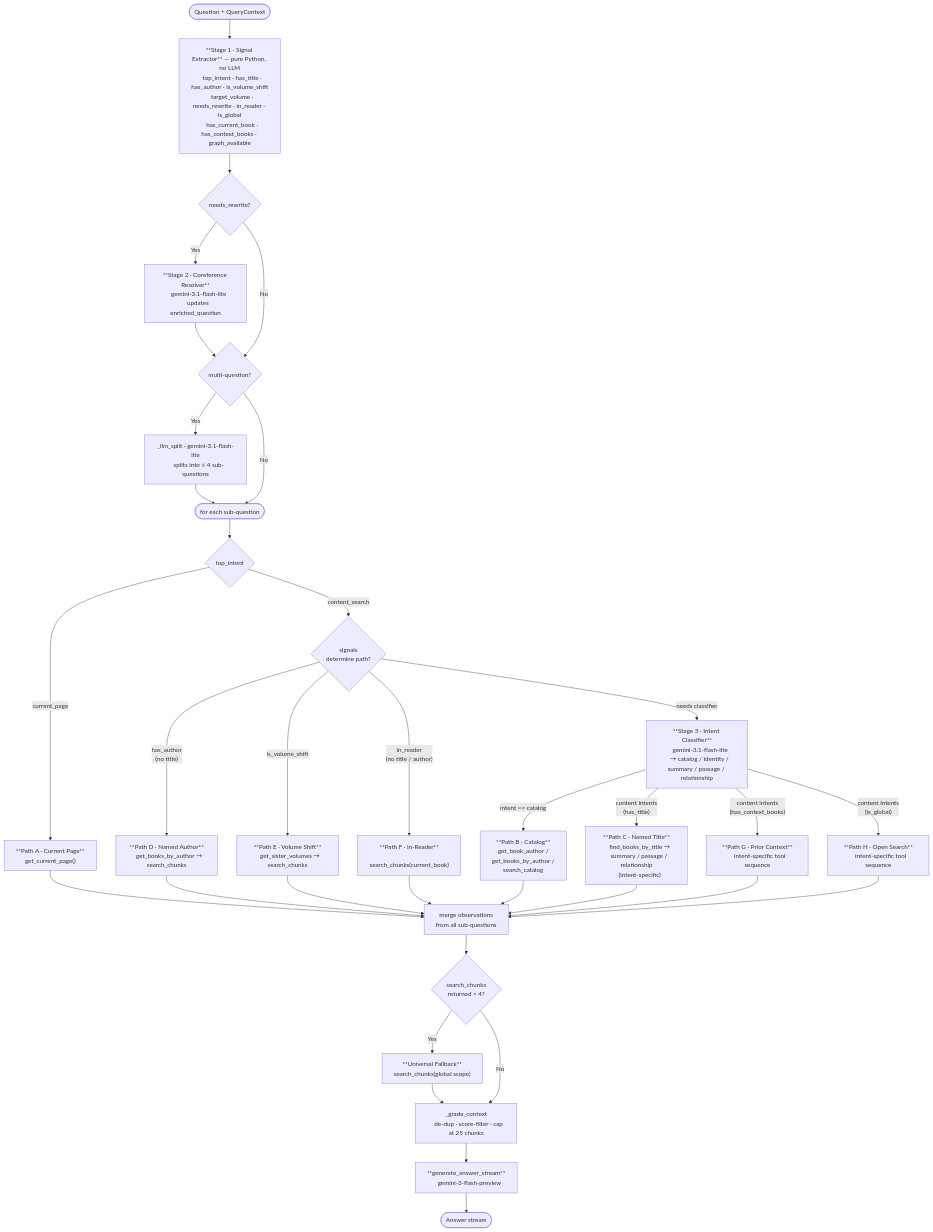
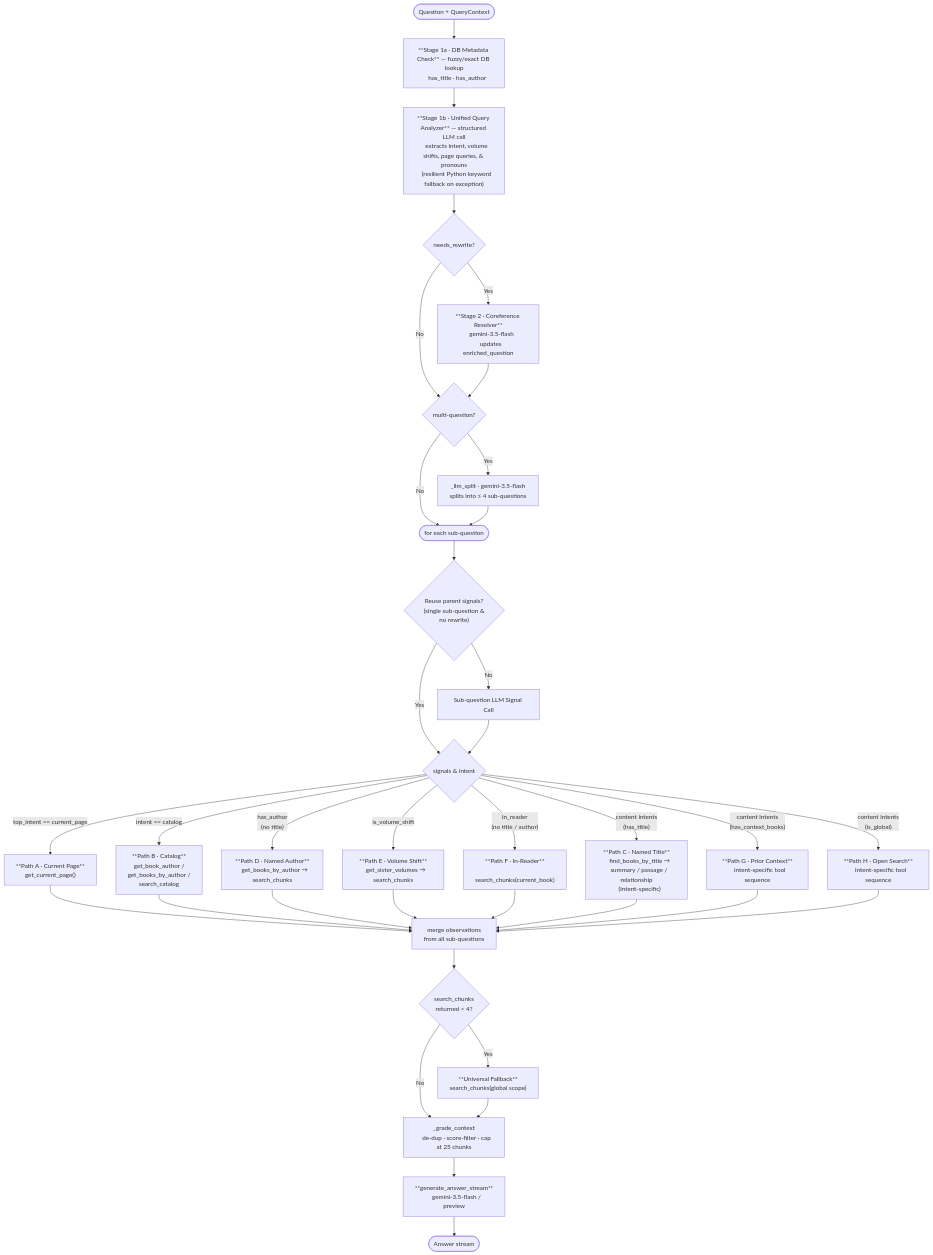
The diagram in docs/main/RAG_DETERMINISTIC_ROUTER_DESIGN.md (Kitabim-AI/kitabim-ai), drawn with Mermaid before and after one commit. The commit also changed other lines of this file and 8 other files, not shown here.

Commit message:
refactor: replace multi-stage signal extraction with a unified LLM query analyzer and integrate coreference resolution into the routing pipeline

````diff
--- a/docs/main/RAG_DETERMINISTIC_ROUTER_DESIGN.md
+++ b/docs/main/RAG_DETERMINISTIC_ROUTER_DESIGN.md
@@ -71,80 +67,76 @@
 ```mermaid
 flowchart TD
     Q(["Question + QueryContext"])
 
-    Q --> S1["**Stage 1 · Signal Extractor** — pure Python, no LLM
-    top_intent · has_title · has_author · is_volume_shift
-    target_volume · needs_rewrite · in_reader · is_global
-    has_current_book · has_context_books · graph_available"]
+    Q --> S1_DB["**Stage 1a · DB Metadata Check** — fuzzy/exact DB lookup
+    has_title · has_author"]
 
-    S1 --> NR{needs_rewrite?}
+    S1_DB --> S1_LLM["**Stage 1b · Unified Query Analyzer** — structured LLM call
+    extracts intent, volume shifts, page queries, & pronouns
+    (resilient Python keyword fallback on exception)"]
+
+    S1_LLM --> NR{needs_rewrite?}
     NR -- Yes --> S2["**Stage 2 · Coreference Resolver**
-    gemini-3.1-flash-lite
+    gemini-3.5-flash
     updates enriched_question"]
     NR -- No --> MQ
     S2 --> MQ
 
     MQ{"multi-question?"}
-    MQ -- Yes --> SPLIT["_llm_split · gemini-3.1-flash-lite
+    MQ -- Yes --> SPLIT["_llm_split · gemini-3.5-flash
     splits into ≤ 4 sub-questions"]
     MQ -- No --> PI
     SPLIT --> PI
 
     PI(["for each sub-question"])
 
-    PI --> TI{top_intent}
-    TI -- current_page --> PA["**Path A · Current Page**
+    PI --> REUSE{"Reuse parent signals?<br/>(single sub-question &<br/>no rewrite)"}
+    REUSE -- Yes --> SIG
+    REUSE -- No --> S1_SUB["Sub-question LLM Signal Call"]
+    S1_SUB --> SIG
+
+    SIG{"signals & intent"}
+    SIG -- "intent == catalog" --> PB["**Path B · Catalog**
+    get_book_author /
+    get_books_by_author /
+    search_catalog"]
+    SIG -- "top_intent == current_page" --> PA["**Path A · Current Page**
     get_current_page()"]
-    TI -- content_search --> SIG
-
-    SIG{"signals
-    determine path?"}
     SIG -- "has_author
     (no title)" --> PD["**Path D · Named Author**
     get_books_by_author → search_chunks"]
     SIG -- is_volume_shift --> PE["**Path E · Volume Shift**
     get_sister_volumes → search_chunks"]
     SIG -- "in_reader
     (no title / author)" --> PF["**Path F · In-Reader**
     search_chunks(current_book)"]
-    SIG -- "needs classifier" --> S3
-
-    S3["**Stage 3 · Intent Classifier**
-    gemini-3.1-flash-lite
-    → catalog / identity / summary / passage / relationship"]
-
-    S3 -- "intent == catalog" --> PB["**Path B · Catalog**
-    get_book_author /
-    get_books_by_author /
-    search_catalog"]
-    
-    S3 -- "content intents
+    SIG -- "content intents
     (has_title)" --> PC["**Path C · Named Title**
     find_books_by_title →
     summary / passage / relationship
     (intent-specific)"]
-    S3 -- "content intents
+    SIG -- "content intents
     (has_context_books)" --> PG["**Path G · Prior Context**
     intent-specific tool sequence"]
-    S3 -- "content intents
+    SIG -- "content intents
     (is_global)" --> PH["**Path H · Open Search**
     intent-specific tool sequence"]
 
     PA & PB & PD & PE & PF & PC & PG & PH --> MERGE
 
     MERGE["merge observations
     from all sub-questions"]
 
     MERGE --> UF{"search_chunks
     returned < 4?"}
     UF -- Yes --> FB["**Universal Fallback**
     search_chunks(global scope)"]
     UF -- No --> GC
     FB --> GC
 
     GC["_grade_context
     de-dup · score-filter · cap at 25 chunks"]
     GC --> ANS["**generate_answer_stream**
-    gemini-3-flash-preview"]
+    gemini-3.5-flash / preview"]
     ANS --> OUT(["Answer stream"])
 ```
````
